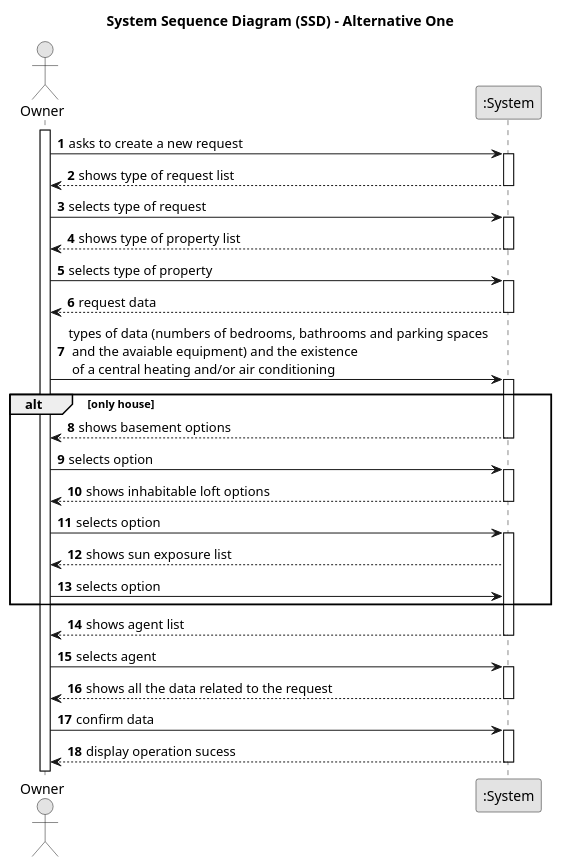
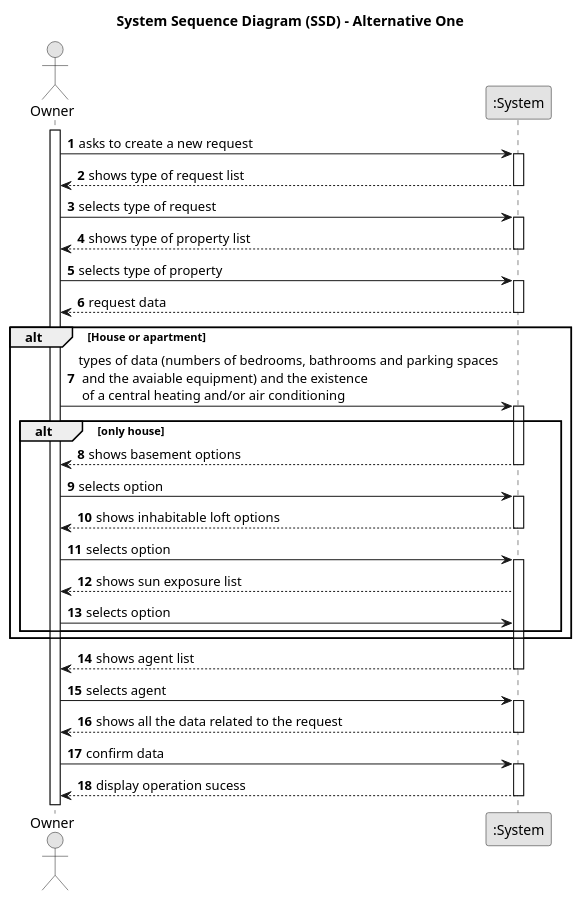
One commit to Rodrick0209/ISEP-LAPR2-22-23 changed the diagram in docs/sprintA/us004/01.requirements-engineering/puml/us004-system-sequence-diagram-alternative-one.puml. Above: the diagram before and after it, drawn with PlantUML. The commit also changed 1 other file, not shown here.

```diff
--- a/docs/sprintA/us004/01.requirements-engineering/puml/us004-system-sequence-diagram-alternative-one.puml
+++ b/docs/sprintA/us004/01.requirements-engineering/puml/us004-system-sequence-diagram-alternative-one.puml
@@ -1,83 +1,85 @@
 @startuml
 skinparam monochrome true
 skinparam packageStyle rectangle
 skinparam shadowing false
 
 title System Sequence Diagram (SSD) - Alternative One
 
 autonumber
 
 actor "Owner" as Employee
 participant ":System" as System
 
 activate Employee
 
     Employee -> System : asks to create a new request
     activate System
 
         System --> Employee : shows type of request list
     deactivate System
 
     Employee -> System : selects type of request
     activate System
 
         System --> Employee : shows type of property list
 
     deactivate System
 
     Employee -> System : selects type of property
 
     activate System
 
         System --> Employee : request data
     deactivate System
 
+alt House or apartment
 
     Employee -> System : types of data (numbers of bedrooms, bathrooms and parking spaces \n and the avaiable equipment) and the existence \n of a central heating and/or air conditioning
 
 
 alt only house
 
       activate System
 
             System --> Employee : shows basement options
       deactivate System
 
       Employee -> System : selects option
 
       activate System
 
             System --> Employee : shows inhabitable loft options
       deactivate System
 
       Employee -> System :  selects option
 
       activate System
 
             System --> Employee :shows sun exposure list
 
       Employee -> System :selects option
 end
+end
 
 
 
      activate System
 
         System --> Employee : shows agent list
     deactivate System
 
     Employee -> System :  selects agent
 
      activate System
 
         System --> Employee : shows all the data related to the request
      deactivate System
 
      Employee -> System : confirm data
 
      activate System
 
             System --> Employee : display operation sucess
      deactivate System
 
 @enduml
```
